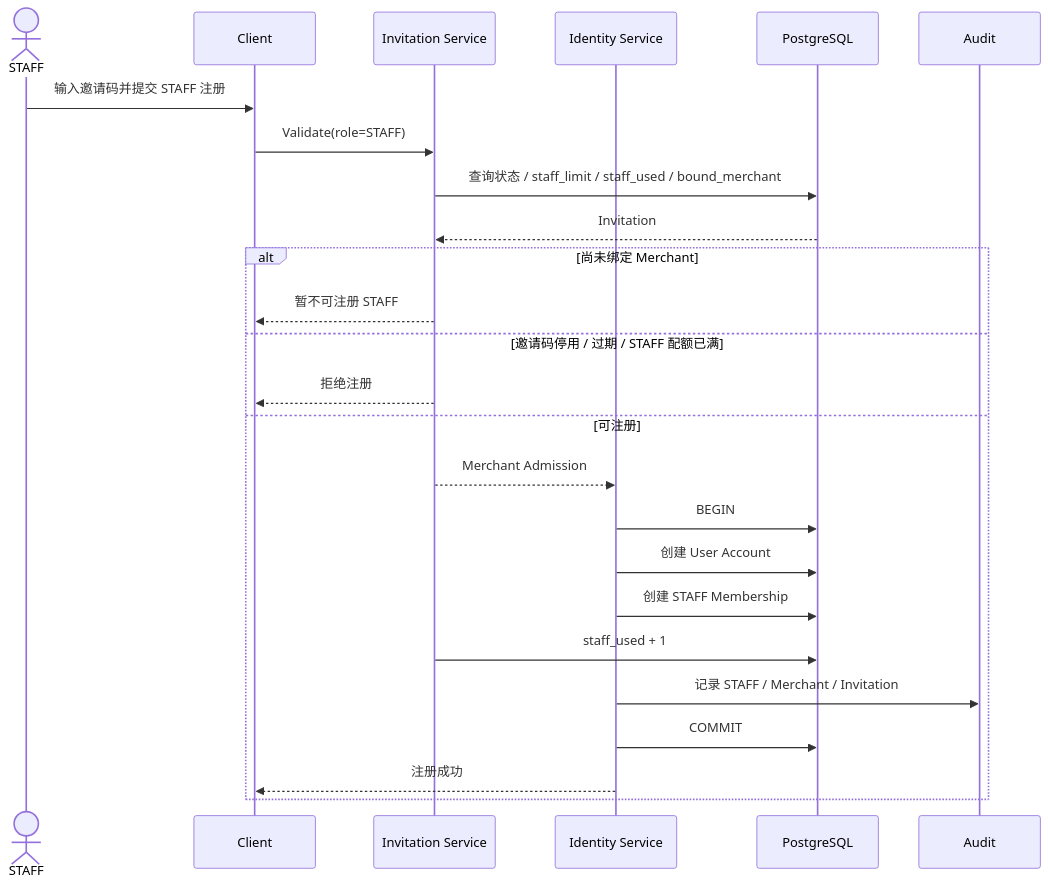
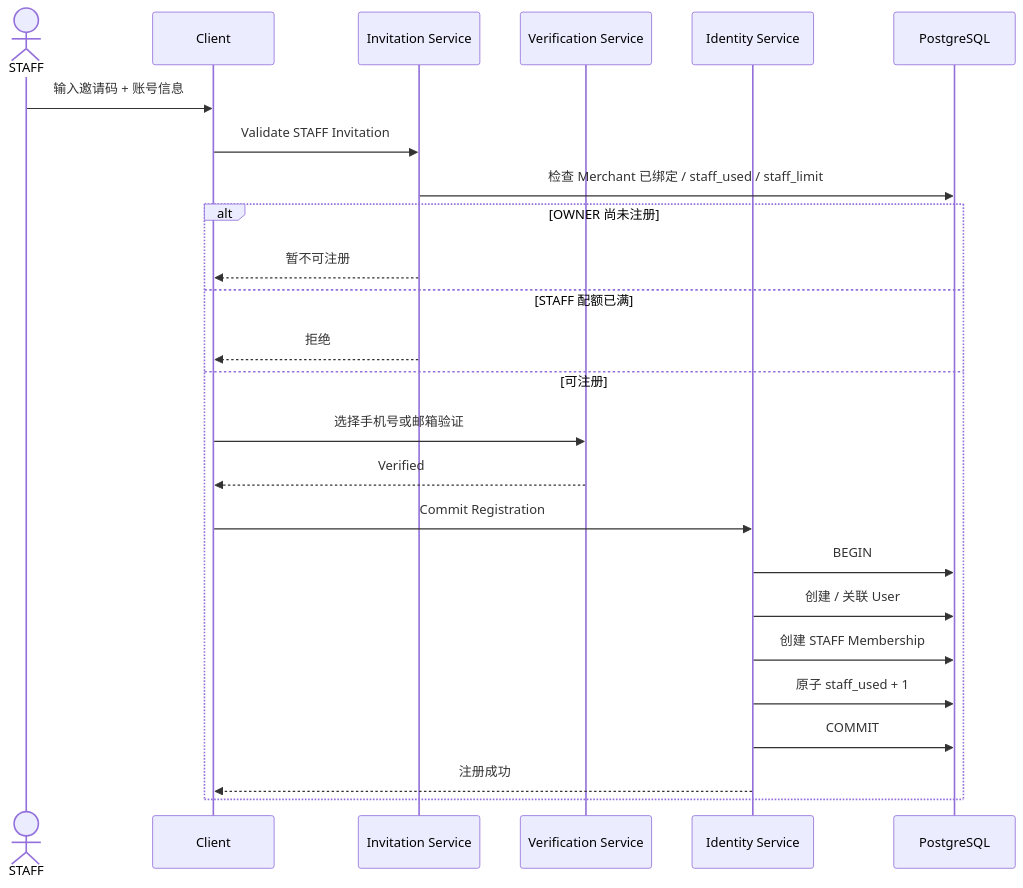
Before and after one commit to sxyq/mastergoods: the third of 3 diagrams in docs/system-design/01-账户与身份/01-注册与邀请码.md, drawn with Mermaid. The commit also changed other lines of this file and 10 other files, not shown here.

````diff
--- a/docs/system-design/01-账户与身份/01-注册与邀请码.md
+++ b/docs/system-design/01-账户与身份/01-注册与邀请码.md
@@ -117,30 +75,29 @@
 ```mermaid
 sequenceDiagram
     actor S as STAFF
     participant C as Client
     participant INV as Invitation Service
+    participant VERIFY as Verification Service
     participant IAM as Identity Service
     participant DB as PostgreSQL
-    participant AUDIT as Audit
 
-    S->>C: 输入邀请码并提交 STAFF 注册
-    C->>INV: Validate(role=STAFF)
+    S->>C: 输入邀请码 + 账号信息
+    C->>INV: Validate STAFF Invitation
+    INV->>DB: 检查 Merchant 已绑定 / staff_used / staff_limit
 
-    INV->>DB: 查询状态 / staff_limit / staff_used / bound_merchant
-    DB-->>INV: Invitation
-
-    alt 尚未绑定 Merchant
-        INV-->>C: 暂不可注册 STAFF
-    else 邀请码停用 / 过期 / STAFF 配额已满
-        INV-->>C: 拒绝注册
+    alt OWNER 尚未注册
+        INV-->>C: 暂不可注册
+    else STAFF 配额已满
+        INV-->>C: 拒绝
     else 可注册
-        INV-->>IAM: Merchant Admission
+        C->>VERIFY: 选择手机号或邮箱验证
+        VERIFY-->>C: Verified
+        C->>IAM: Commit Registration
         IAM->>DB: BEGIN
-        IAM->>DB: 创建 User Account
+        IAM->>DB: 创建 / 关联 User
         IAM->>DB: 创建 STAFF Membership
-        INV->>DB: staff_used + 1
-        IAM->>AUDIT: 记录 STAFF / Merchant / Invitation
+        IAM->>DB: 原子 staff_used + 1
         IAM->>DB: COMMIT
         IAM-->>C: 注册成功
     end
 ```
````
